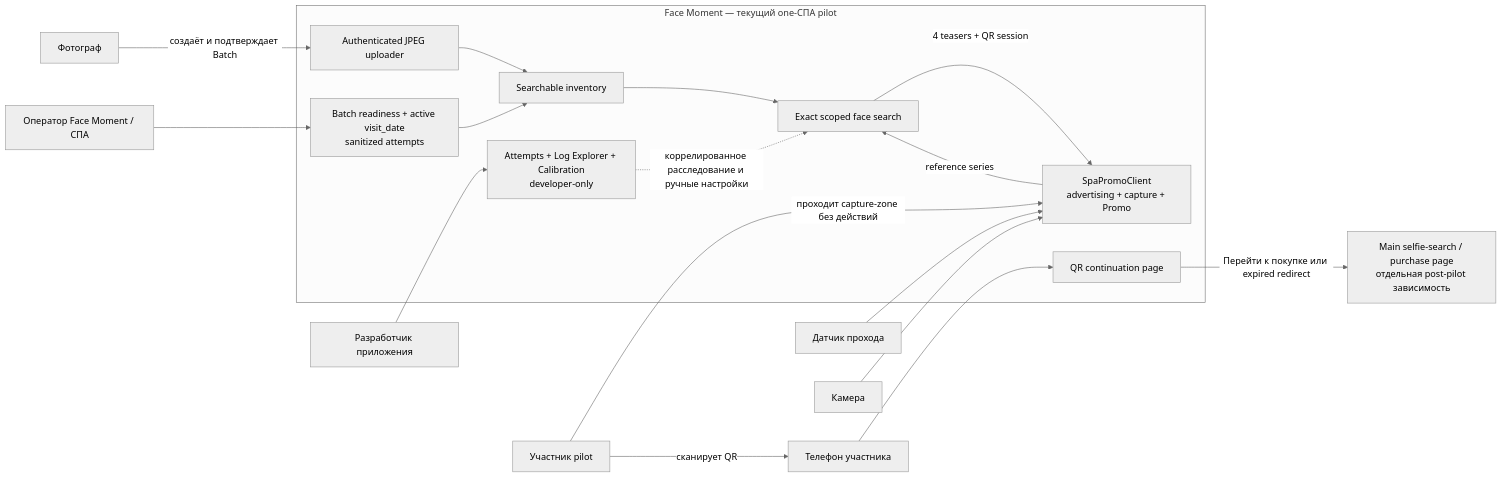
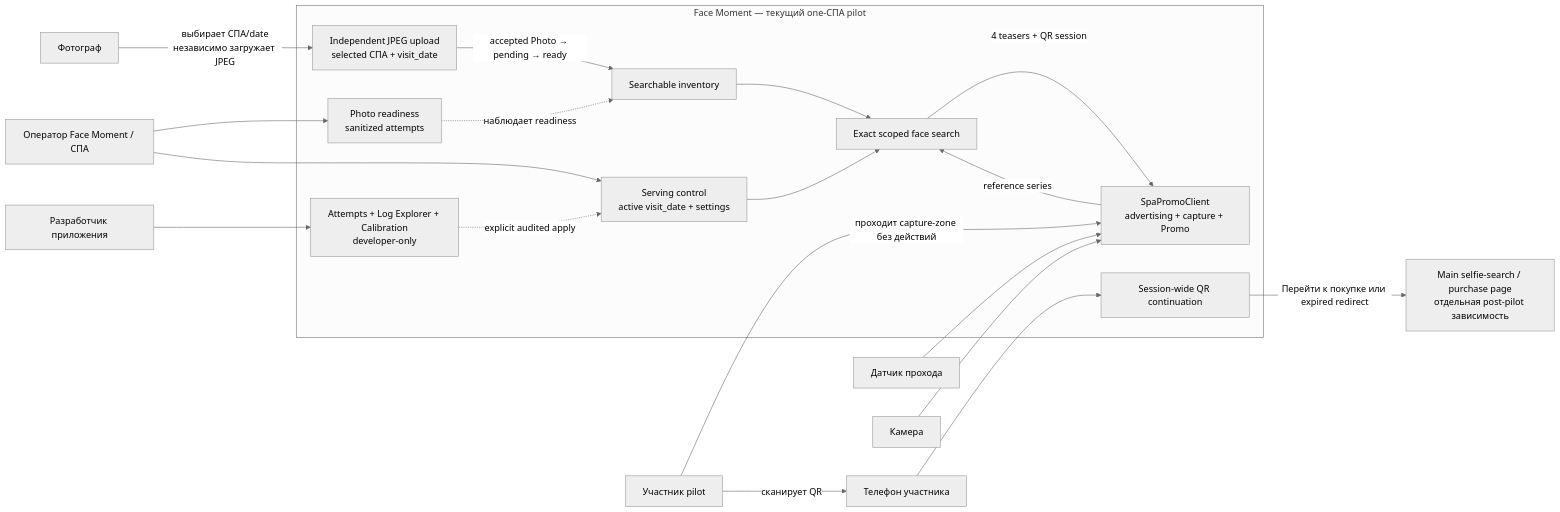
The diagram in mermaids/01-product-context.md (nicelight/face_moment), drawn with Mermaid (neutral theme) before and after one commit. The commit also changed other lines of this file and 18 other files, not shown here.

````diff
--- a/mermaids/01-product-context.md
+++ b/mermaids/01-product-context.md
@@ -5,40 +5,43 @@
 ```mermaid
 flowchart LR
     photographer["Фотограф"]
     participant["Участник pilot"]
     operator["Оператор Face Moment / СПА"]
     developer["Разработчик приложения"]
     sensor["Датчик прохода"]
     camera["Камера"]
     phone["Телефон участника"]
     future["Main selfie-search / purchase page<br/>отдельная post-pilot зависимость"]
 
     subgraph fm["Face Moment — текущий one-СПА pilot"]
-        upload["Authenticated JPEG uploader"]
+        upload["Independent JPEG upload<br/>selected СПА + visit_date"]
         inventory["Searchable inventory"]
+        serving["Serving control<br/>active visit_date + settings"]
         promo_client["SpaPromoClient<br/>advertising + capture + Promo"]
         search["Exact scoped face search"]
-        continuation["QR continuation page"]
-        operations["Batch readiness + active visit_date<br/>sanitized attempts"]
+        continuation["Session-wide QR continuation"]
+        operations["Photo readiness<br/>sanitized attempts"]
         diagnostics["Attempts + Log Explorer + Calibration<br/>developer-only"]
     end
 
-    photographer -->|"создаёт и подтверждает Batch"| upload
-    upload --> inventory
+    photographer -->|"выбирает СПА/date<br/>независимо загружает JPEG"| upload
+    upload -->|"accepted Photo → pending → ready"| inventory
 
     sensor --> promo_client
     camera --> promo_client
     participant -->|"проходит capture-zone без действий"| promo_client
     promo_client -->|"reference series"| search
     inventory --> search
+    serving --> search
     search -->|"4 teasers + QR session"| promo_client
 
     participant -->|"сканирует QR"| phone
     phone --> continuation
     continuation -->|"Перейти к покупке или expired redirect"| future
 
     operator --> operations
+    operator --> serving
     developer --> diagnostics
-    operations --> inventory
-    diagnostics -.->|"коррелированное расследование и ручные настройки"| search
+    operations -.->|"наблюдает readiness"| inventory
+    diagnostics -.->|"explicit audited apply"| serving
 ```
````
